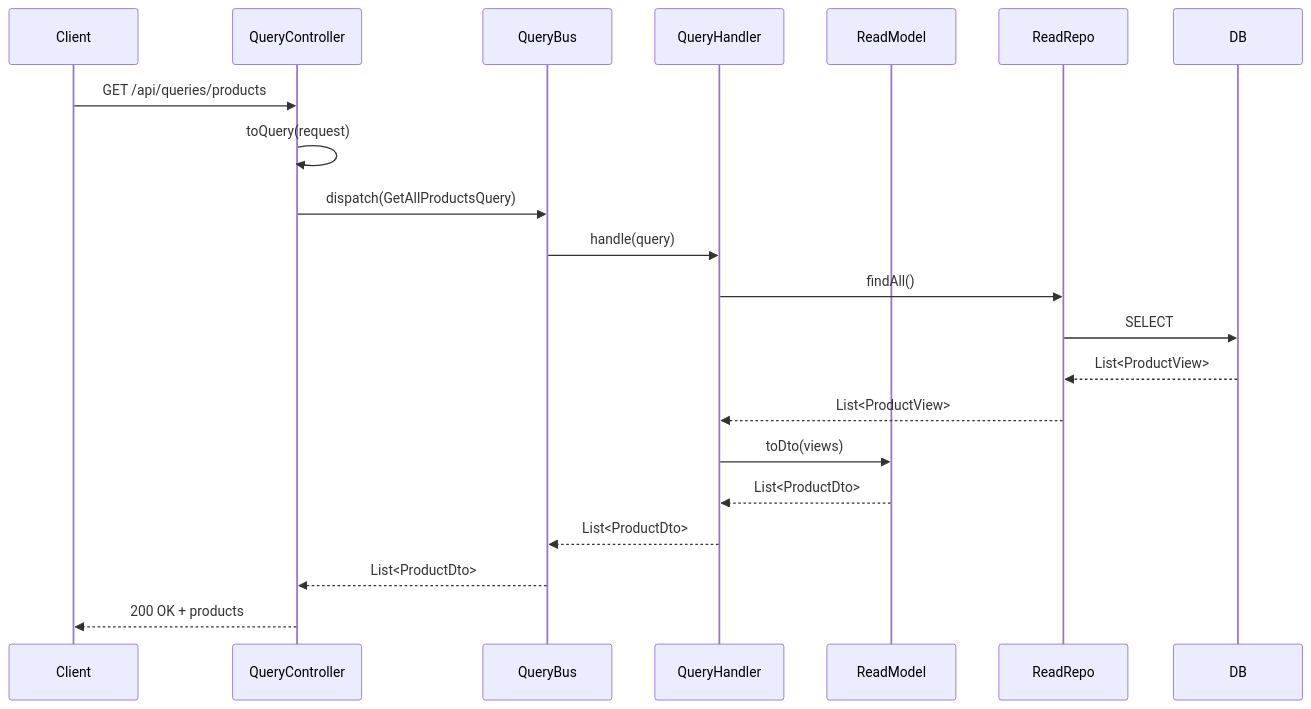
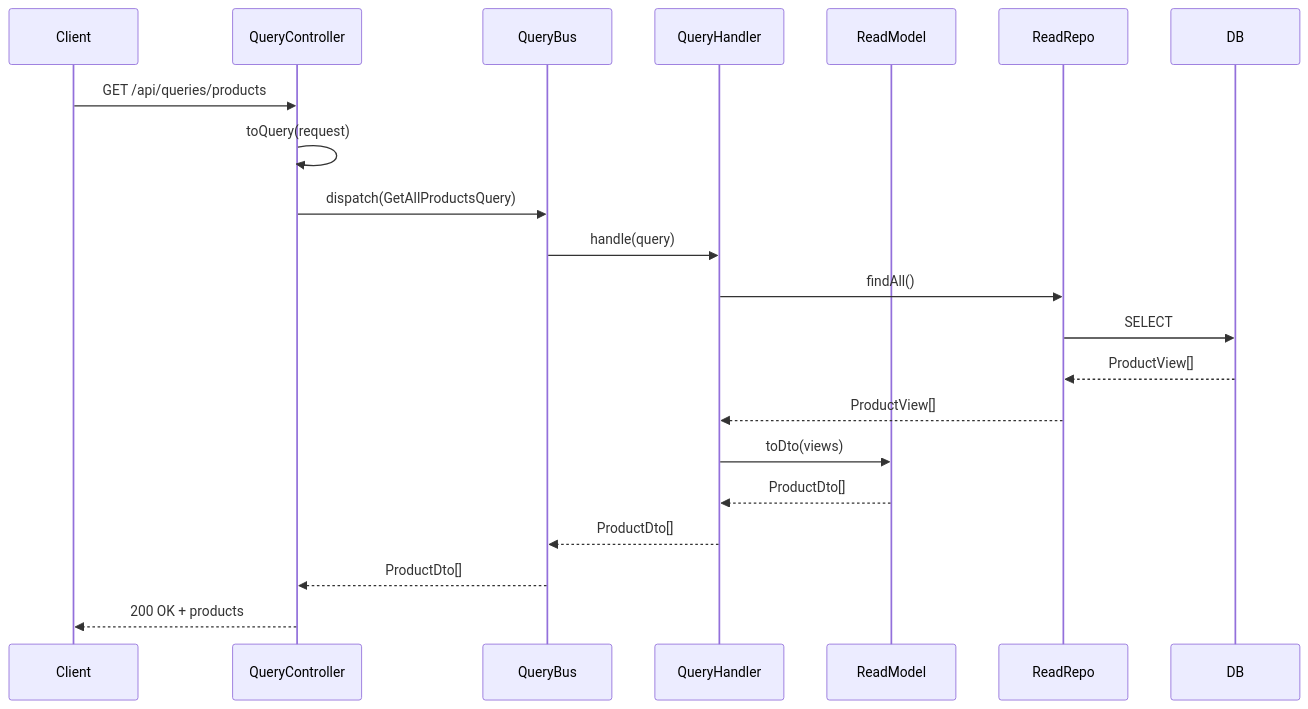
The fourth of 4 diagrams in cqrs/README.md (VirtualCave/modern-architecture-patterns), drawn with Mermaid before and after one commit. The commit also changed 1 other file, not shown here.

Commit message:
Tutorial

````diff
--- a/cqrs/README.md
+++ b/cqrs/README.md
@@ -140,25 +140,25 @@
 ```mermaid
 %%{init: {'themeVariables': {'background':'transparent','lineColor':'#94A3B8'}}}%%
 sequenceDiagram
     participant Client
     participant QueryController
     participant QueryBus
     participant QueryHandler
     participant ReadModel
     participant ReadRepo
     participant DB
 
     Client->>QueryController: GET /api/queries/products
     QueryController->>QueryController: toQuery(request)
     QueryController->>QueryBus: dispatch(GetAllProductsQuery)
     QueryBus->>QueryHandler: handle(query)
     QueryHandler->>ReadRepo: findAll()
     ReadRepo->>DB: SELECT
-    DB-->>ReadRepo: List<ProductView>
-    ReadRepo-->>QueryHandler: List<ProductView>
+    DB-->>ReadRepo: ProductView[]
+    ReadRepo-->>QueryHandler: ProductView[]
     QueryHandler->>ReadModel: toDto(views)
-    ReadModel-->>QueryHandler: List<ProductDto>
-    QueryHandler-->>QueryBus: List<ProductDto>
-    QueryBus-->>QueryController: List<ProductDto>
+    ReadModel-->>QueryHandler: ProductDto[]
+    QueryHandler-->>QueryBus: ProductDto[]
+    QueryBus-->>QueryController: ProductDto[]
     QueryController-->>Client: 200 OK + products
 ```
````
